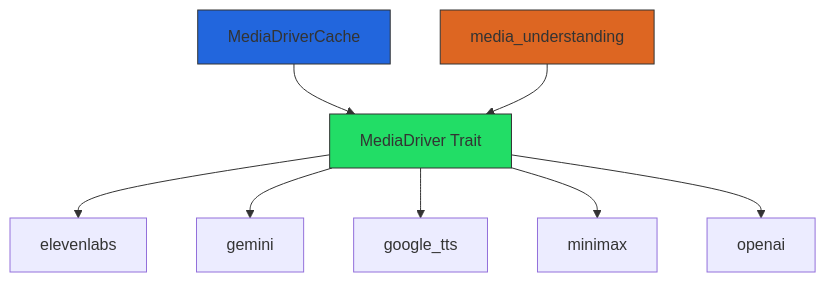
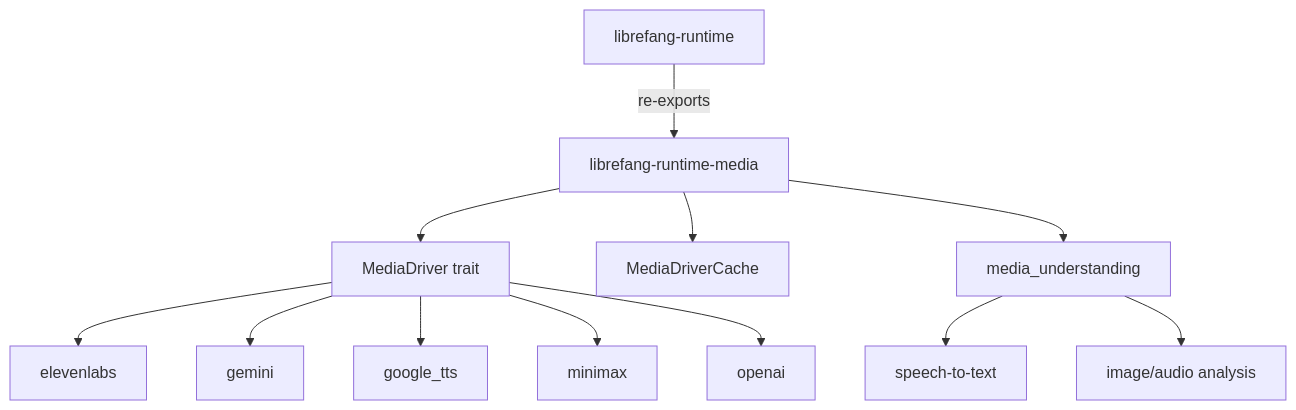
Before and after one commit to leszek3737/librefang-WIki: the first of 2 diagrams in other-librefang-runtime-media.md, drawn with Mermaid. The commit also changed other lines of this file and 125 other files, not shown here.

````diff
--- a/other-librefang-runtime-media.md
+++ b/other-librefang-runtime-media.md
@@ -13,13 +9,14 @@
 ```mermaid
 graph TD
-    A[MediaDriver Trait] --> B[elevenlabs]
-    A --> C[gemini]
-    A --> D[google_tts]
-    A --> E[minimax]
-    A --> F[openai]
-    G[MediaDriverCache] --> A
-    H[media_understanding] --> A
-    style A fill:#2d6,stroke:#333
-    style G fill:#26d,stroke:#333
-    style H fill:#d62,stroke:#333
+    A[librefang-runtime] -->|re-exports| B[librefang-runtime-media]
+    B --> C[MediaDriver trait]
+    B --> D[MediaDriverCache]
+    B --> E[media_understanding]
+    C --> F[elevenlabs]
+    C --> G[gemini]
+    C --> H[google_tts]
+    C --> I[minimax]
+    C --> J[openai]
+    E --> K[speech-to-text]
+    E --> L[image/audio analysis]
 ```
````
